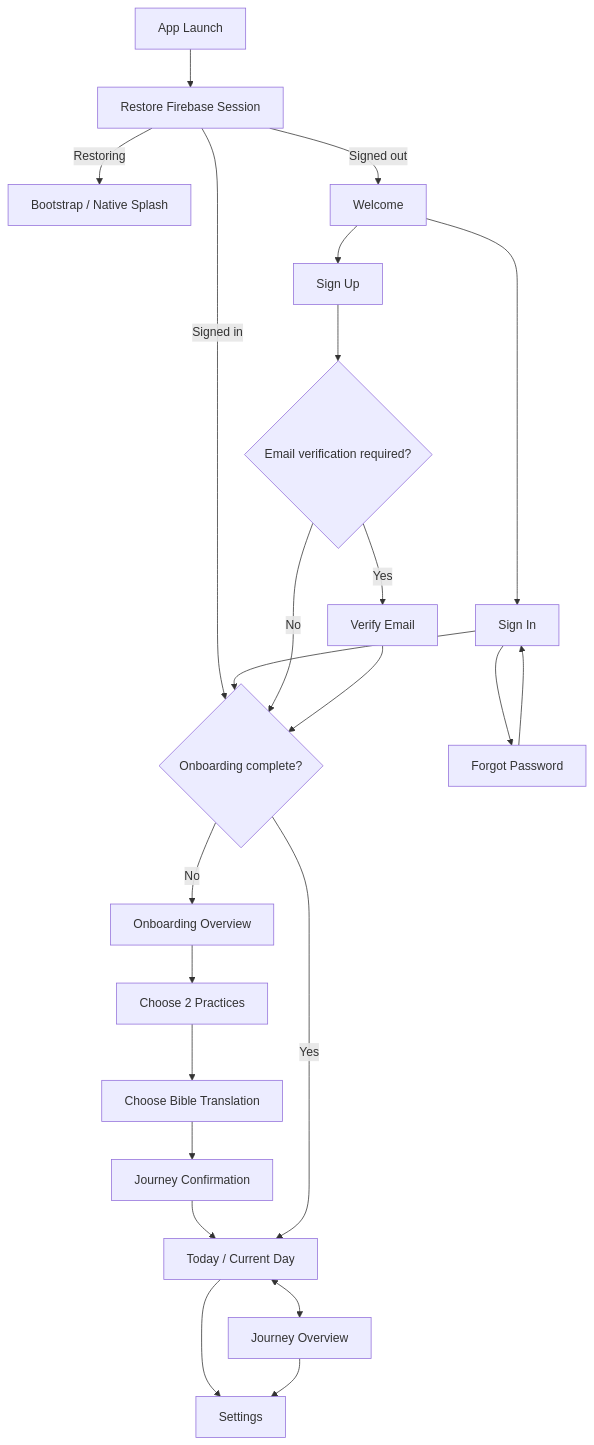
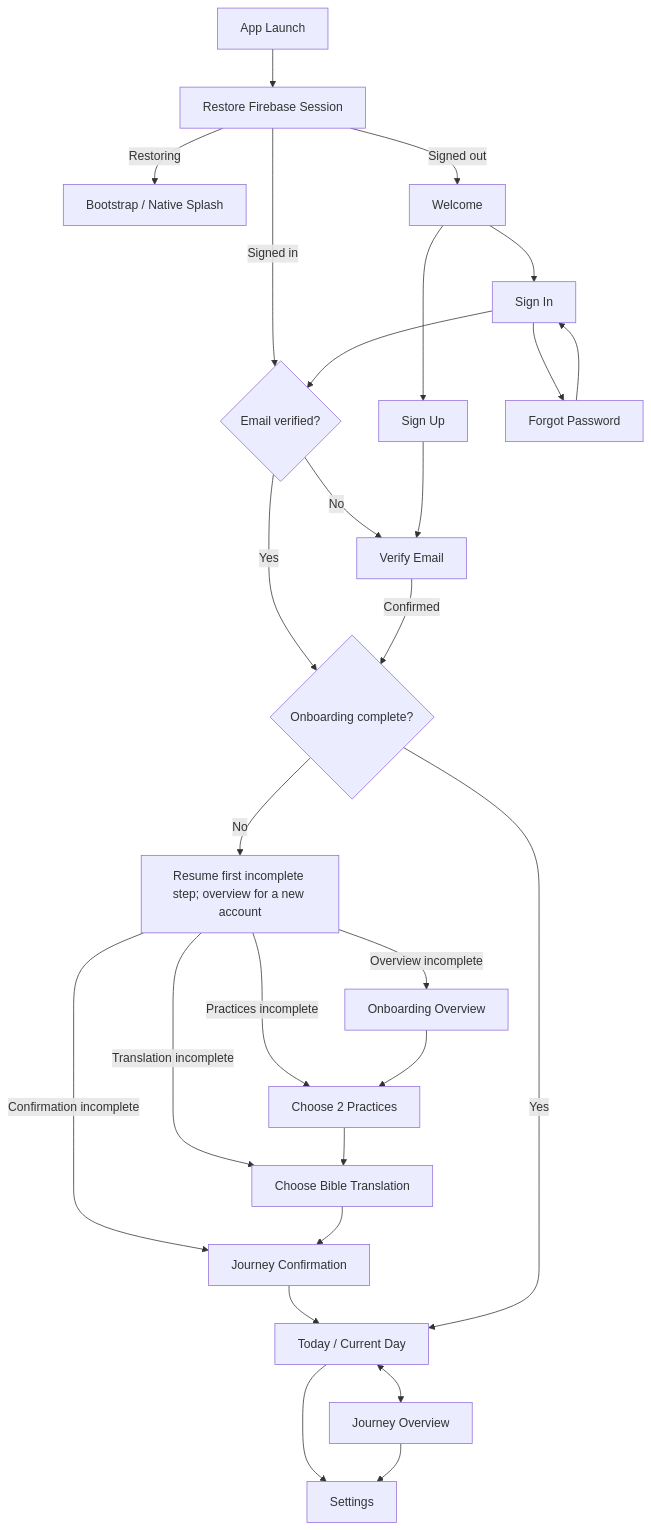
The first of 12 diagrams in docs/APP_NAVIGATION_AND_UX.md (evanmcpheron/77Faithful), drawn with Mermaid before and after one commit. The commit also changed other lines of this file and 23 other files, not shown here.

````diff
--- a/docs/APP_NAVIGATION_AND_UX.md
+++ b/docs/APP_NAVIGATION_AND_UX.md
@@ -416,28 +398,32 @@
 ```mermaid
 flowchart TD
     Launch[App Launch] --> Restore[Restore Firebase Session]
     Restore -->|Restoring| Splash[Bootstrap / Native Splash]
     Restore -->|Signed out| Welcome[Welcome]
-    Restore -->|Signed in| OnboardingCheck{Onboarding complete?}
+    Restore -->|Signed in| Verified{Email verified?}
+    Verified -->|No| Verify[Verify Email]
+    Verified -->|Yes| OnboardingCheck{Onboarding complete?}
 
     Welcome --> SignUp[Sign Up]
     Welcome --> SignIn[Sign In]
-    SignIn --> OnboardingCheck
-    SignUp --> VerifyDecision{Email verification required?}
-    VerifyDecision -->|Yes| Verify[Verify Email]
-    VerifyDecision -->|No| OnboardingCheck
-    Verify --> OnboardingCheck
+    SignIn --> Verified
+    SignUp --> Verify
+    Verify -->|Confirmed| OnboardingCheck
     SignIn --> Forgot[Forgot Password]
     Forgot --> SignIn
 
-    OnboardingCheck -->|No| Intro[Onboarding Overview]
+    OnboardingCheck -->|No| Resume[Resume first incomplete step; overview for a new account]
+    Resume -->|Overview incomplete| Intro[Onboarding Overview]
+    Resume -->|Practices incomplete| Practices
+    Resume -->|Translation incomplete| Bible
+    Resume -->|Confirmation incomplete| Confirm
     Intro --> Practices[Choose 2 Practices]
     Practices --> Bible[Choose Bible Translation]
     Bible --> Confirm[Journey Confirmation]
     Confirm --> Today[Today / Current Day]
 
     OnboardingCheck -->|Yes| Today
     Today <--> Journey[Journey Overview]
     Today --> Settings[Settings]
     Journey --> Settings
 ```
````
